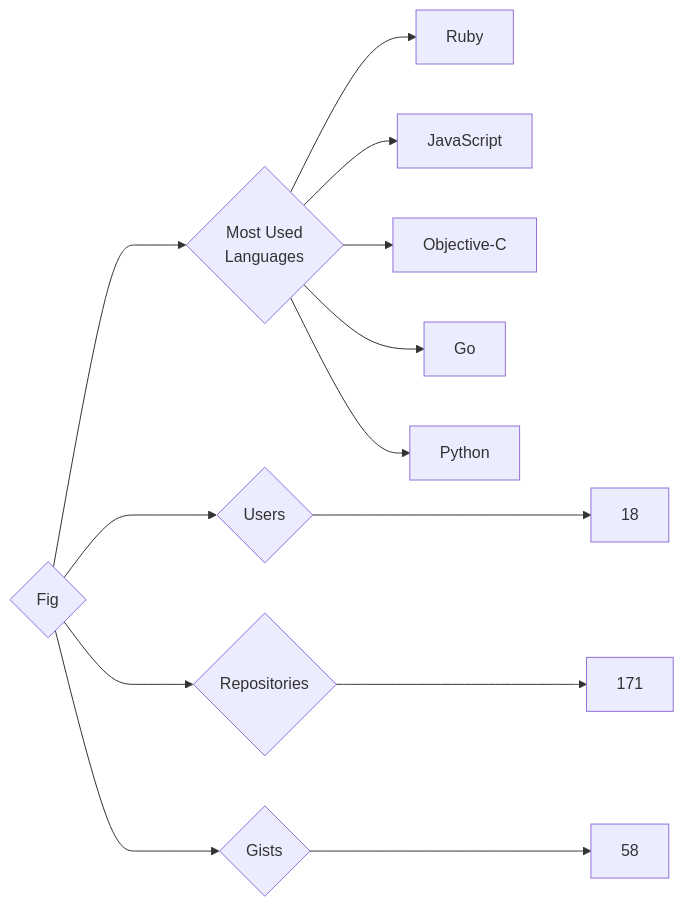
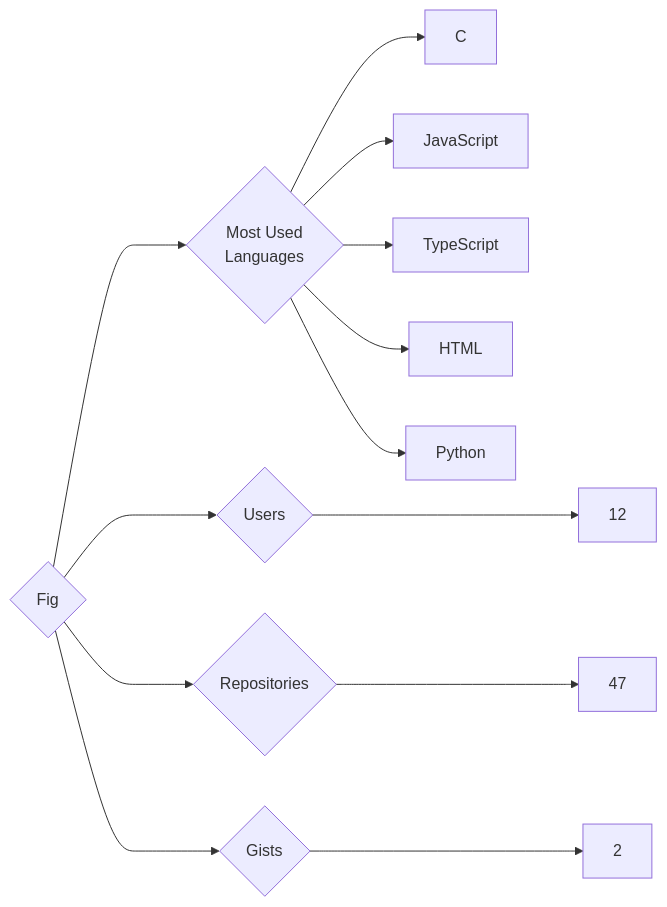
The diagram in targets/Fig/README.md (trickest/insiders), drawn with Mermaid before and after one commit. The commit also changed 610 other files, not shown here.

````diff
--- a/targets/Fig/README.md
+++ b/targets/Fig/README.md
@@ -3,13 +3,13 @@
 ```mermaid
 graph LR
 COMPANY_NAME{Fig}
-COMPANY_NAME ---> U{Users} ---> UN[18]
-COMPANY_NAME ---> R{Repositories} ---> RN[171]
-COMPANY_NAME ---> G{Gists} ---> GN[58]
+COMPANY_NAME ---> U{Users} ---> UN[12]
+COMPANY_NAME ---> R{Repositories} ---> RN[47]
+COMPANY_NAME ---> G{Gists} ---> GN[2]
 COMPANY_NAME ---> ML{Most Used<br>Languages}
-ML --> Ruby[Ruby]
+ML --> C[C]
 ML --> JavaScript[JavaScript]
-ML --> Objective-C[Objective-C]
-ML --> Go[Go]
+ML --> TypeScript[TypeScript]
+ML --> HTML[HTML]
 ML --> Python[Python]
 ```
````
